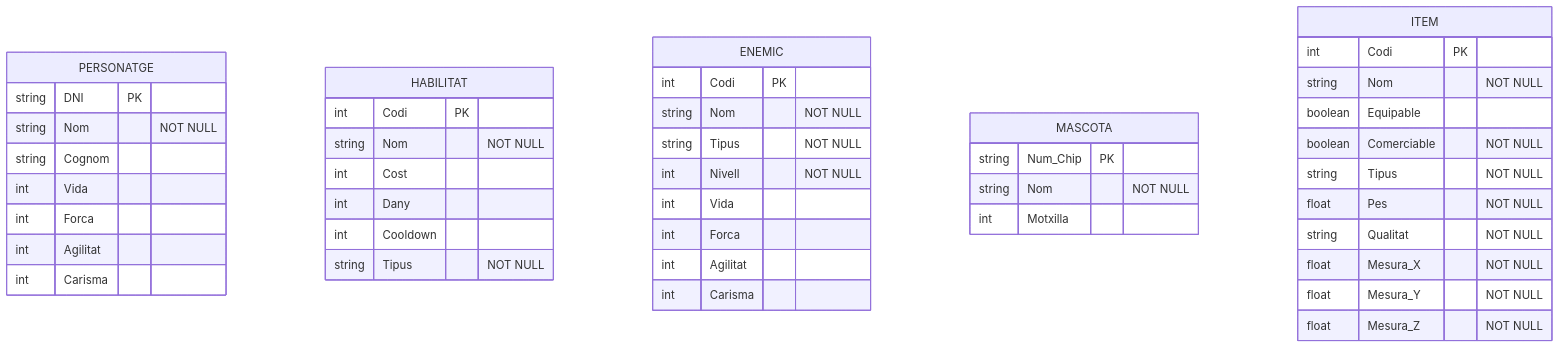
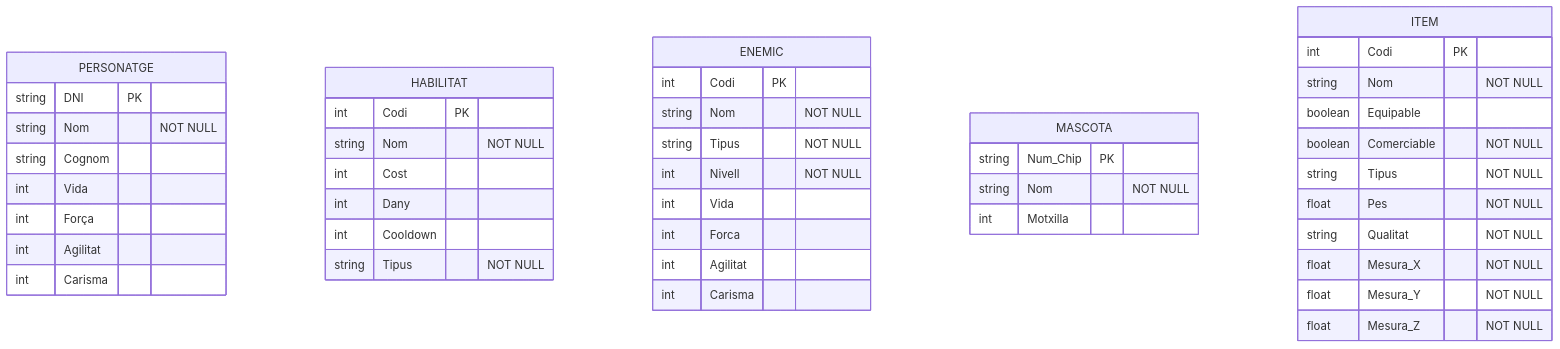
Before and after one commit to davidballesteross/Lliuraments-2627: diagram 17 of 17 in GBD/activitat-02-diagrama-er/diagrama-er-mermaid.md, drawn with Mermaid.

Commit message:
Fix typo in attribute 'Forca' to 'Força'

````diff
--- a/GBD/activitat-02-diagrama-er/diagrama-er-mermaid.md
+++ b/GBD/activitat-02-diagrama-er/diagrama-er-mermaid.md
@@ -275,47 +275,47 @@
 ```mermaid
 erDiagram
     PERSONATGE {
         string DNI PK
         string Nom "NOT NULL"
         string Cognom
         int Vida
-        int Forca
+        int Força
         int Agilitat
         int Carisma
     }
     HABILITAT {
         int Codi PK
         string Nom "NOT NULL"
         int Cost
         int Dany
         int Cooldown
         string Tipus "NOT NULL"
     }
     ENEMIC {
         int Codi PK
         string Nom "NOT NULL"
         string Tipus "NOT NULL"
         int Nivell "NOT NULL"
         int Vida
         int Forca
         int Agilitat
         int Carisma
     }
     MASCOTA {
         string Num_Chip PK
         string Nom "NOT NULL"
         int Motxilla
     }
     ITEM {
         int Codi PK
         string Nom "NOT NULL"
         boolean Equipable
         boolean Comerciable "NOT NULL"
         string Tipus "NOT NULL"
         float Pes "NOT NULL"
         string Qualitat "NOT NULL"
         float Mesura_X "NOT NULL"
         float Mesura_Y "NOT NULL"
         float Mesura_Z "NOT NULL"
     }
 ```
````
